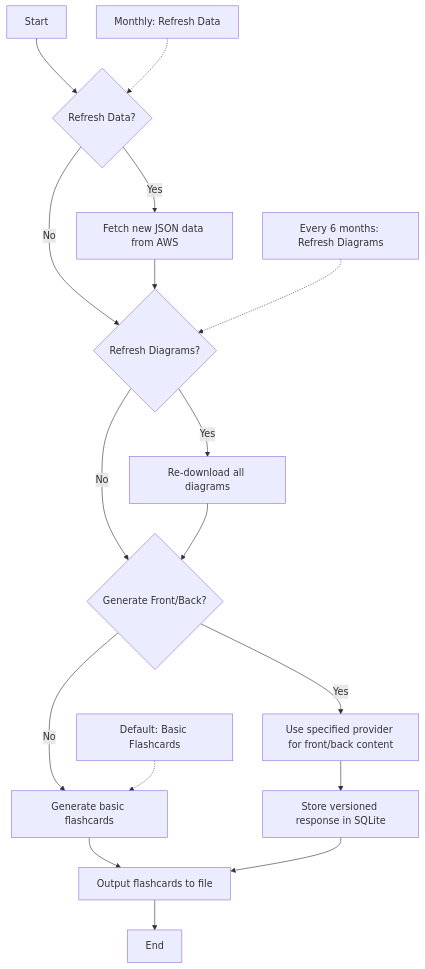
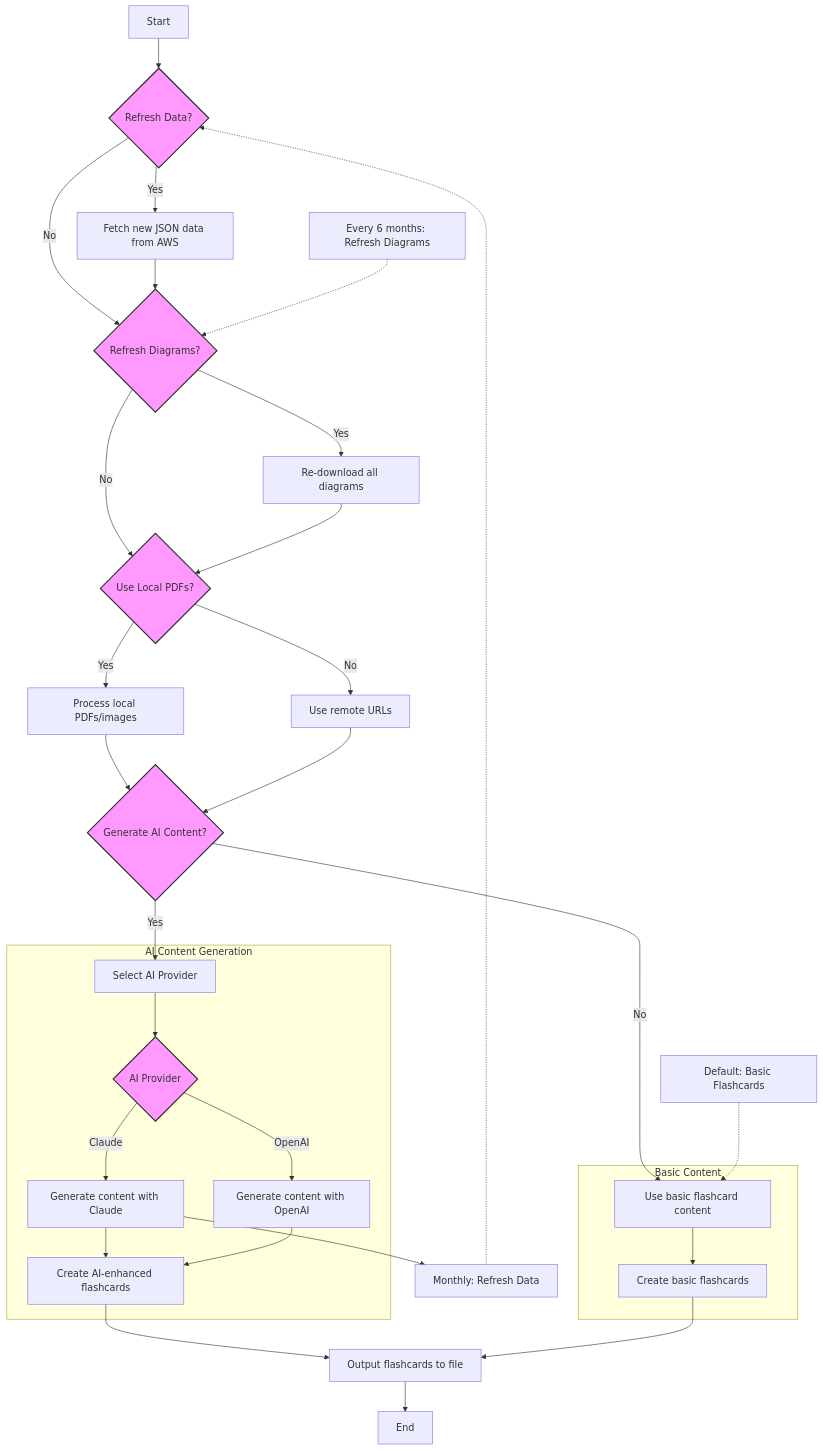
The diagram in aws-reference-diagrams/generate_flashcards_flow.mmd (jwalsh/aws-architecture-decomposition-lab), drawn with Mermaid before and after one commit. The commit also changed 6 other files, not shown here.

Commit message:
Allow for local hosting of PDF with `org-toggle-inline-images`

```diff
--- a/aws-reference-diagrams/generate_flashcards_flow.mmd
+++ b/aws-reference-diagrams/generate_flashcards_flow.mmd
@@ -1,18 +1,44 @@
 graph TD
     A[Start] --> B{Refresh Data?}
     B -->|Yes| C[Fetch new JSON data from AWS]
     B -->|No| D{Refresh Diagrams?}
     C --> D
     D -->|Yes| E[Re-download all diagrams]
-    D -->|No| F{Generate Front/Back?}
+    D -->|No| F{Use Local PDFs?}
     E --> F
-    F -->|Yes| G[Use specified provider for front/back content]
-    F -->|No| H[Generate basic flashcards]
-    G --> I[Store versioned response in SQLite]
-    H --> J[Output flashcards to file]
-    I --> J
-    J --> K[End]
+    F -->|Yes| G[Process local PDFs/images]
+    F -->|No| H[Use remote URLs]
+    G --> I{Generate AI Content?}
+    H --> I
+    I -->|Yes| J[Select AI Provider]
+    I -->|No| K[Use basic flashcard content]
+    J --> L{AI Provider}
+    L -->|Claude| M[Generate content with Claude]
+    L -->|OpenAI| N[Generate content with OpenAI]
+    M --> O[Create AI-enhanced flashcards]
+    M --> S[Store versioned response in SQLite]
+    N --> O
+    K --> P[Create basic flashcards]
+    O --> Q[Output flashcards to file]
+    P --> Q
+    Q --> R[End]
 
-    L[Monthly: Refresh Data] -.-> B
-    M[Every 6 months: Refresh Diagrams] -.-> D
-    N[Default: Basic Flashcards] -.-> H
+    subgraph AI Content Generation
+    J
+    L
+    M
+    N
+    O
+    end
+
+    subgraph Basic Content
+    K
+    P
+    end
+
+    S[Monthly: Refresh Data] -.-> B
+    T[Every 6 months: Refresh Diagrams] -.-> D
+    U[Default: Basic Flashcards] -.-> K
+
+    classDef decision fill:#f9f,stroke:#333,stroke-width:2px;
+    class B,D,F,I,L decision;
```
